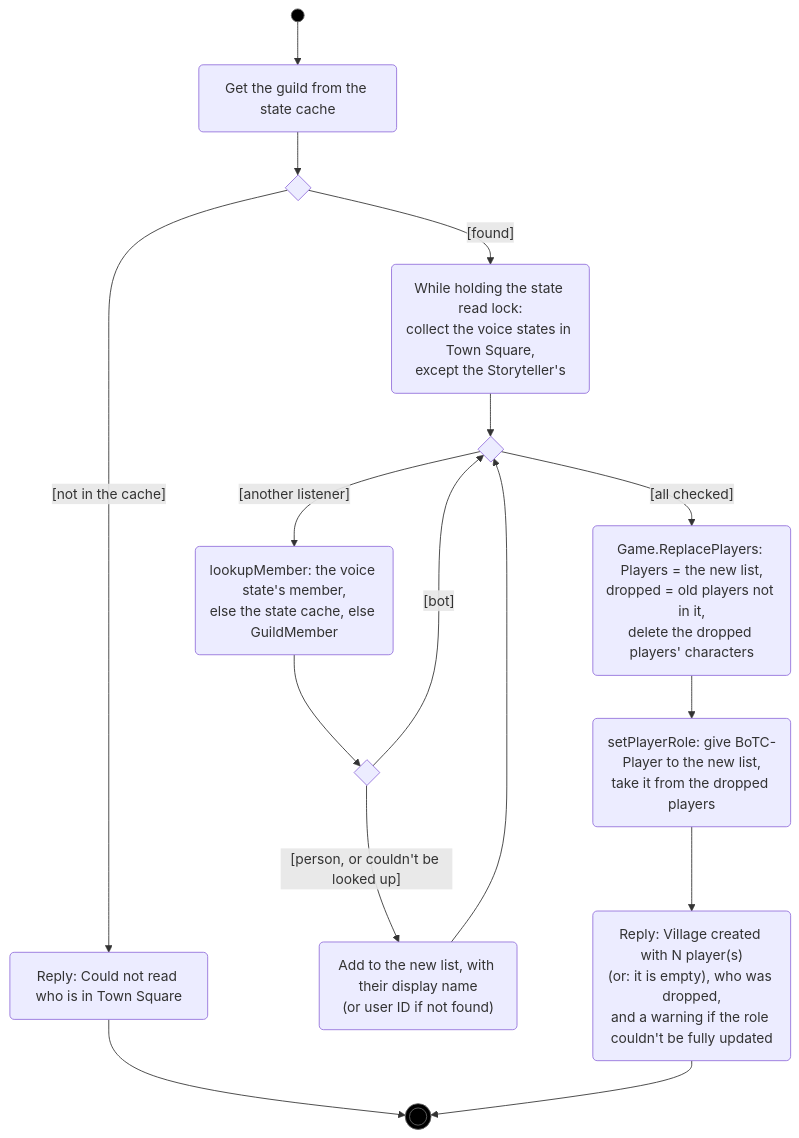
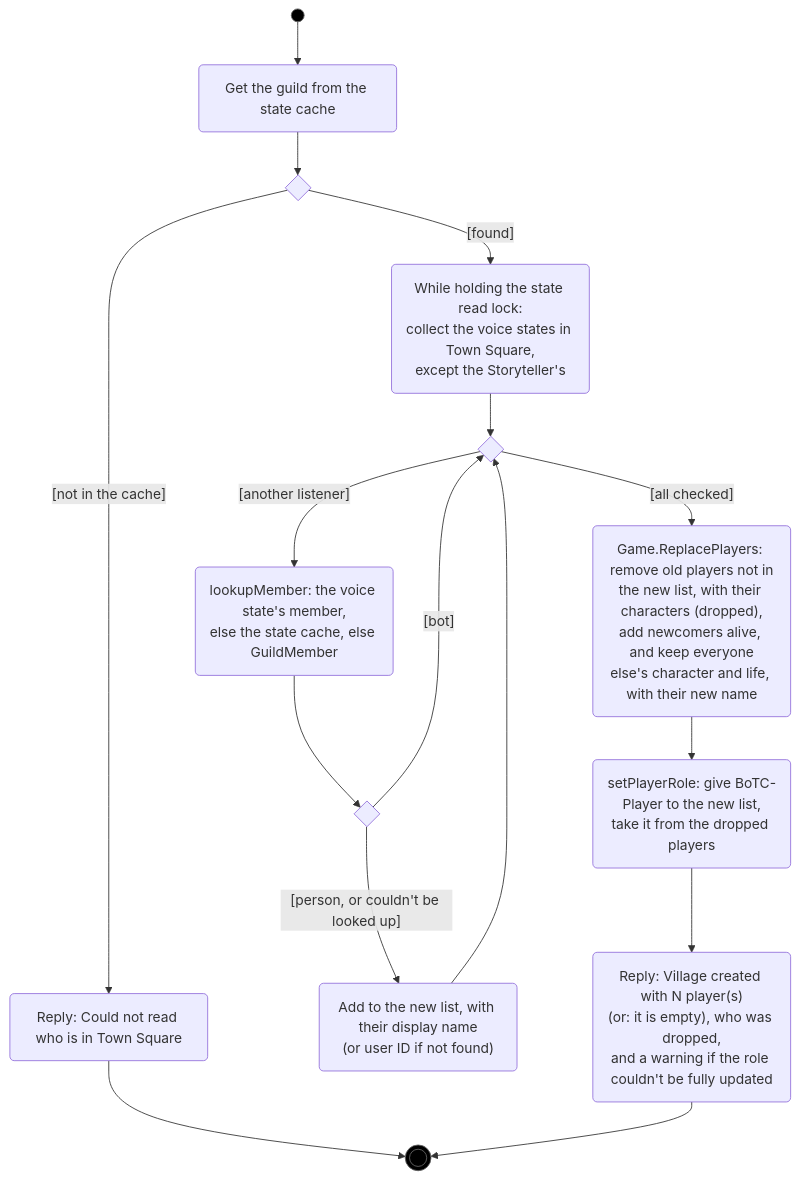
The second of 5 diagrams in docs/uml/village.md (RAGNOARAKNOS/BotOnTheClocktower), drawn with Mermaid before and after one commit. The commit also changed other lines of this file and 32 other files, not shown here.

````diff
--- a/docs/uml/village.md
+++ b/docs/uml/village.md
@@ -29,21 +29,21 @@
 ```mermaid
 flowchart TD
     start((" ")):::initial --> guild("Get the guild from the state cache")
     guild --> d1{" "}
     d1 -->|"[not in the cache]"| fail("Reply: Could not read who is in Town Square")
     d1 -->|"[found]"| scan("While holding the state read lock:<br/>collect the voice states in Town Square,<br/>except the Storyteller's")
     scan --> next{" "}
     next -->|"[another listener]"| lookup("lookupMember: the voice state's member,<br/>else the state cache, else GuildMember")
     lookup --> dbot{" "}
     dbot -->|"[bot]"| next
     dbot -->|"[person, or couldn't be looked up]"| keep("Add to the new list, with their display name<br/>(or user ID if not found)")
     keep --> next
-    next -->|"[all checked]"| replace("Game.ReplacePlayers: Players = the new list,<br/>dropped = old players not in it,<br/>delete the dropped players' characters")
+    next -->|"[all checked]"| replace("Game.ReplacePlayers: remove old players not in<br/>the new list, with their characters (dropped),<br/>add newcomers alive, and keep everyone<br/>else's character and life, with their new name")
     replace --> role("setPlayerRole: give BoTC-Player to the new list,<br/>take it from the dropped players")
     role --> reply("Reply: Village created with N player(s)<br/>(or: it is empty), who was dropped,<br/>and a warning if the role couldn't be fully updated")
     fail --> done(((" "))):::final
     reply --> done
 
     classDef initial fill:#000,stroke:#666
     classDef final fill:#000,stroke:#666
 ```
````
